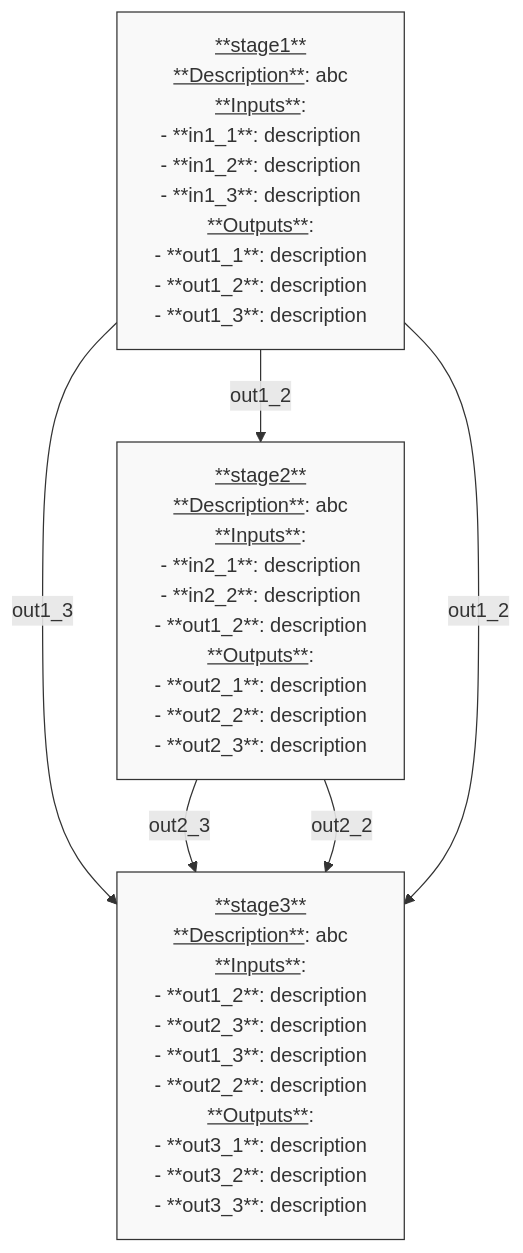
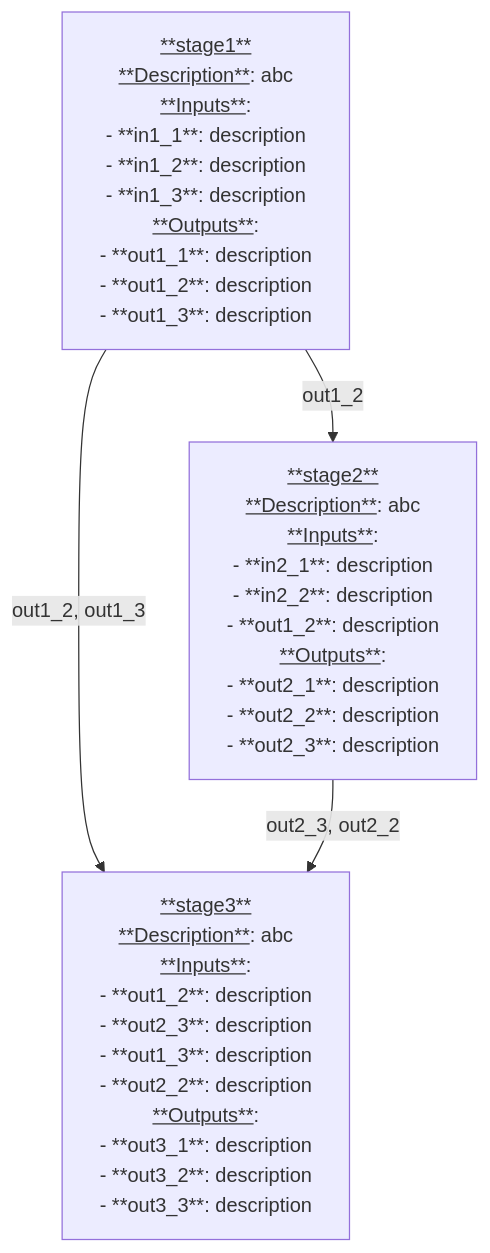
The diagram in workspace/python/202505_mermaid/diagram.md (tsj7ww/eda), drawn with Mermaid before and after one commit. The commit also changed 1 other file, not shown here.

````diff
--- a/workspace/python/202505_mermaid/diagram.md
+++ b/workspace/python/202505_mermaid/diagram.md
@@ -1,40 +1,37 @@
 ```mermaid
 flowchart TB
     stage1["<ins>**stage1**</ins>
 		<ins>**Description**</ins>: abc
 		<ins>**Inputs**</ins>:
 			- **in1_1**: description
 			- **in1_2**: description
 			- **in1_3**: description
 		<ins>**Outputs**</ins>:
 			- **out1_1**: description
 			- **out1_2**: description
 			- **out1_3**: description"]
     stage2["<ins>**stage2**</ins>
 		<ins>**Description**</ins>: abc
 		<ins>**Inputs**</ins>:
 			- **in2_1**: description
 			- **in2_2**: description
 			- **out1_2**: description
 		<ins>**Outputs**</ins>:
 			- **out2_1**: description
 			- **out2_2**: description
 			- **out2_3**: description"]
     stage3["<ins>**stage3**</ins>
 		<ins>**Description**</ins>: abc
 		<ins>**Inputs**</ins>:
 			- **out1_2**: description
 			- **out2_3**: description
 			- **out1_3**: description
 			- **out2_2**: description
 		<ins>**Outputs**</ins>:
 			- **out3_1**: description
 			- **out3_2**: description
 			- **out3_3**: description"]
-    stage1 -->|"out1_3"| stage3
-    stage1 -->|"out1_2"| stage2
-    stage2 -->|"out2_3"| stage3
-    stage1 -->|"out1_2"| stage3
-    stage2 -->|"out2_2"| stage3
-classDef default fill:#f9f9f9,stroke:#333,stroke-width:1px
+	stage1 -->|"out1_2"| stage2
+	stage1 -->|"out1_2, out1_3"| stage3
+	stage2 -->|"out2_3, out2_2"| stage3
 ```
````
